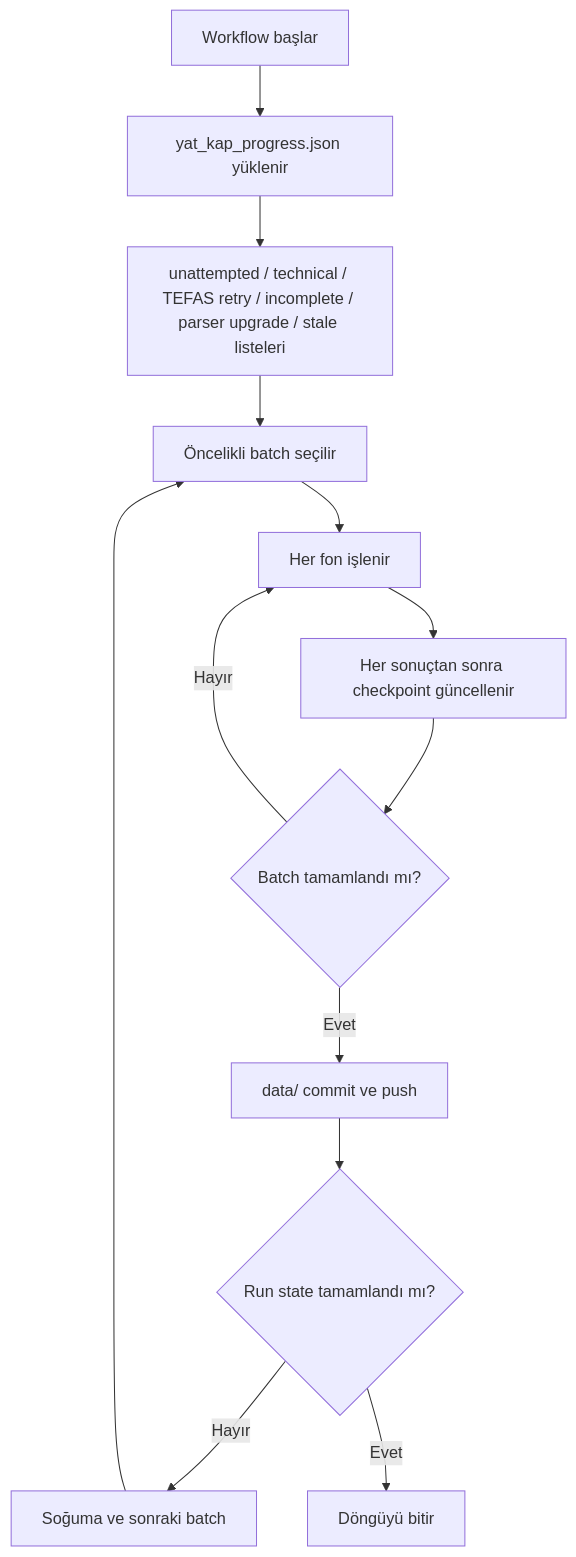
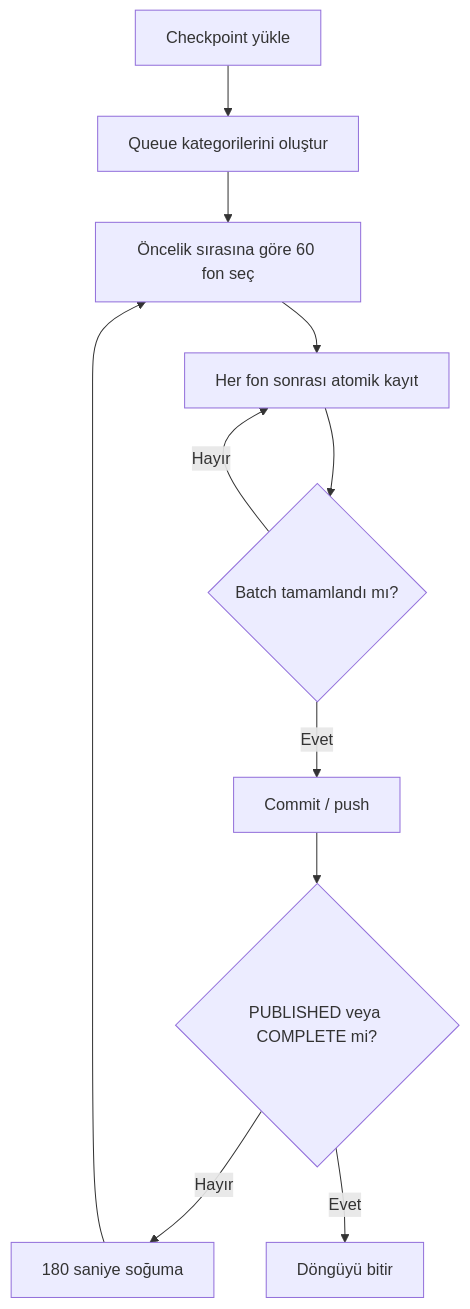
Diagram 12 of 19 in README.md (egemenkarabulut/PiyasaNabzi-KAP-YAT), drawn with Mermaid before and after one commit. The commit also changed other lines of this file and 8 other files, not shown here.

````diff
--- a/README.md
+++ b/README.md
@@ -374,15 +455,13 @@
 ```mermaid
 flowchart TD
-    A["Workflow başlar"] --> B["yat_kap_progress.json yüklenir"]
-    B --> C["unattempted / technical / TEFAS retry / incomplete / parser upgrade / stale listeleri"]
-    C --> D["Öncelikli batch seçilir"]
-    D --> E["Her fon işlenir"]
-    E --> F["Her sonuçtan sonra checkpoint güncellenir"]
-    F --> G{"Batch tamamlandı mı?"}
-    G -- "Hayır" --> E
-    G -- "Evet" --> H["data/ commit ve push"]
-    H --> I{"Run state tamamlandı mı?"}
-    I -- "Hayır" --> J["Soğuma ve sonraki batch"]
-    J --> D
-    I -- "Evet" --> K["Döngüyü bitir"]
+    A["Checkpoint yükle"] --> B["Queue kategorilerini oluştur"]
+    B --> C["Öncelik sırasına göre 60 fon seç"]
+    C --> D["Her fon sonrası atomik kayıt"]
+    D --> E{"Batch tamamlandı mı?"}
+    E -- "Hayır" --> D
+    E -- "Evet" --> F["Commit / push"]
+    F --> G{"PUBLISHED veya COMPLETE mi?"}
+    G -- "Hayır" --> H["180 saniye soğuma"]
+    H --> C
+    G -- "Evet" --> I["Döngüyü bitir"]
 ```
````
